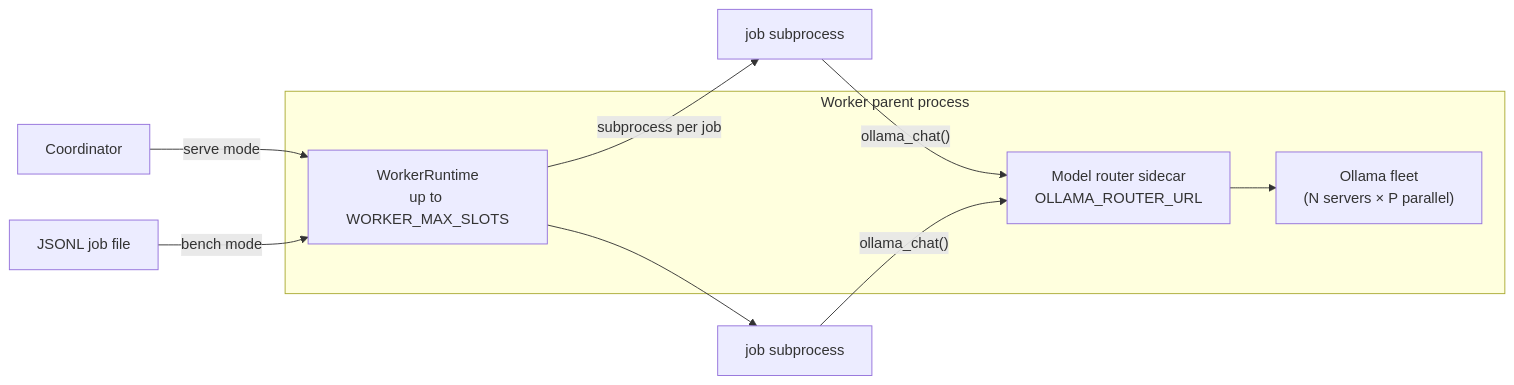
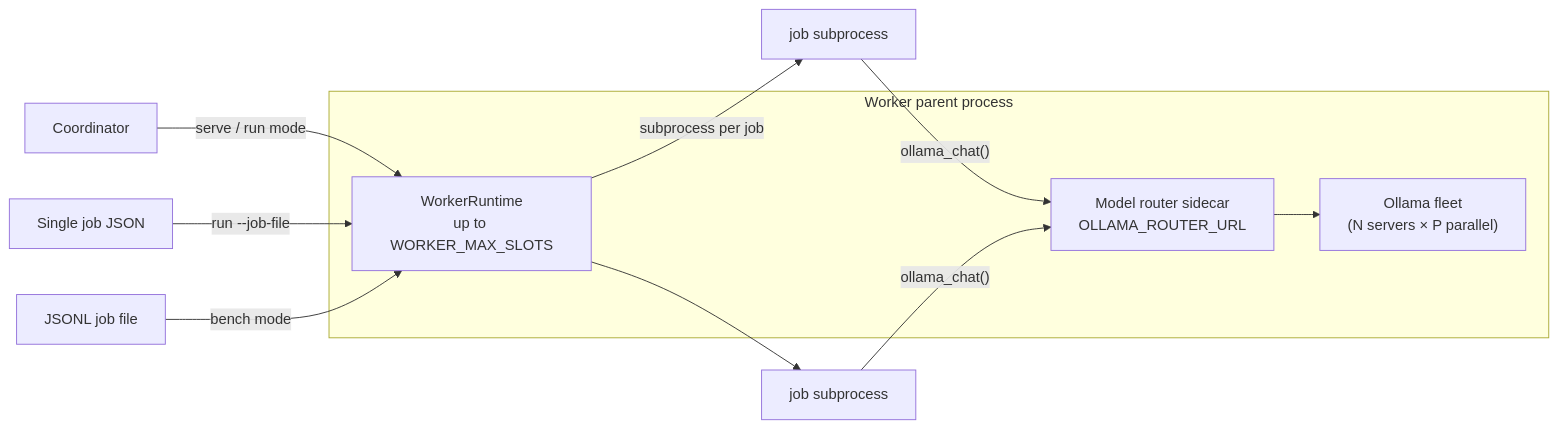
Before and after one commit to cadsaltz/gene-autoannotator: the diagram in worker/README.md, drawn with Mermaid. The commit also changed other lines of this file and 7 other files, not shown here.

Commit message:
feat(worker): add one-shot run mode for Slurm allocations

````diff
--- a/worker/README.md
+++ b/worker/README.md
@@ -19,15 +20,16 @@
 ```mermaid
 flowchart LR
     subgraph worker_parent["Worker parent process"]
         Fleet["Ollama fleet<br/>(N servers × P parallel)"]
         Router["Model router sidecar<br/>OLLAMA_ROUTER_URL"]
         Runtime["WorkerRuntime<br/>up to WORKER_MAX_SLOTS"]
     end
-    Coord["Coordinator"] -->|"serve mode"| Runtime
+    Coord["Coordinator"] -->|"serve / run mode"| Runtime
+    JobFile["Single job JSON"] -->|"run --job-file"| Runtime
     JSONL["JSONL job file"] -->|"bench mode"| Runtime
     Runtime -->|"subprocess per job"| Job1["job subprocess"]
     Runtime --> Job2["job subprocess"]
     Job1 -->|"ollama_chat()"| Router
     Job2 -->|"ollama_chat()"| Router
     Router --> Fleet
 ```
````
